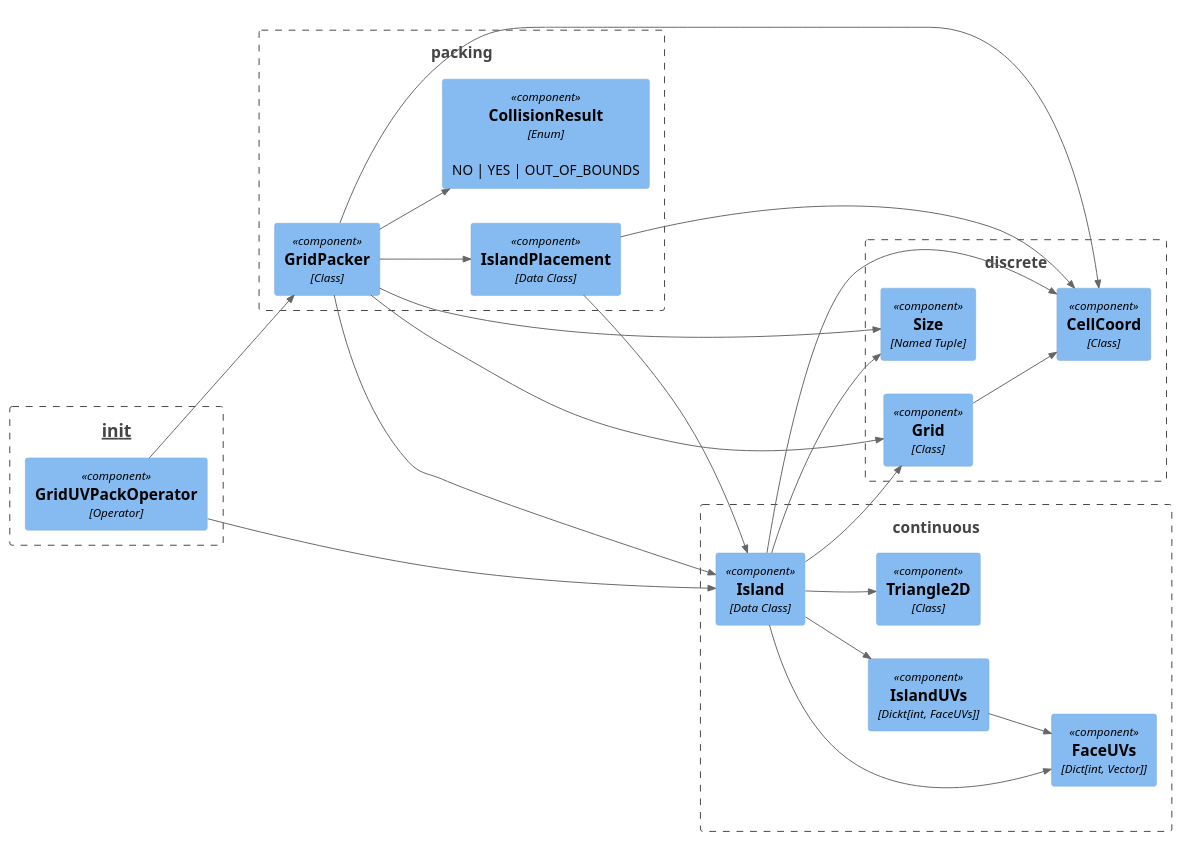
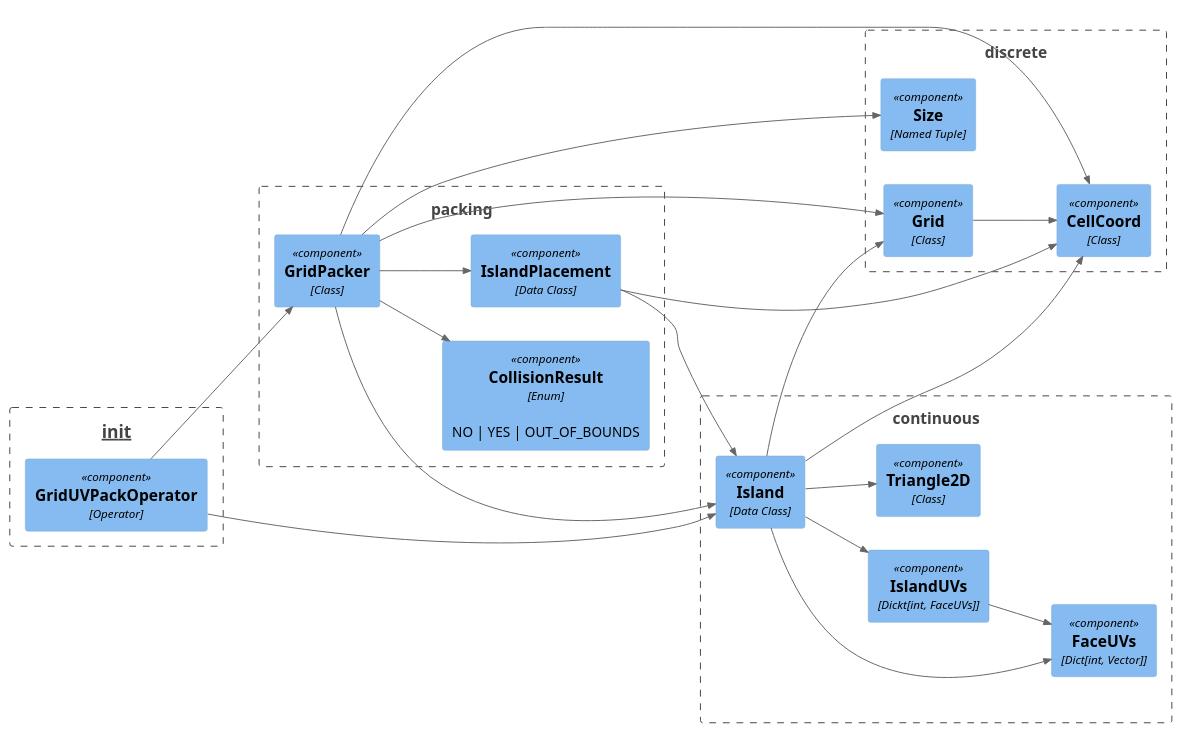
Before and after one commit to muhuk/grid-uv-packer: the diagram in doc/arch/Component_Diagram.plantuml, drawn with PlantUML.

Commit message:
Update Component Diagram.

```diff
--- a/doc/arch/Component_Diagram.plantuml
+++ b/doc/arch/Component_Diagram.plantuml
@@ -1,53 +1,52 @@
 @startuml Component_Diagram
 !include ../c4/C4_Component.puml
 LAYOUT_LEFT_RIGHT()
 
 Boundary(moduleInit, "__init__") {
   Component(gridUvPackOperator, "GridUVPackOperator", "Operator")
 }
 
 Boundary(moduleContinuous, "continuous") {
   Component(faceUvs, "FaceUVs", "Dict[int, Vector]")
   Component(islandUvs, "IslandUVs", "Dickt[int, FaceUVs]")
   Component(island, "Island", "Data Class")
   Component(triangle2d, "Triangle2D", "Class")
 
   Rel(island, faceUvs, " ")
   Rel(island, islandUvs, " ")
   Rel(island, triangle2d, " ")
 
   Rel(islandUvs, faceUvs, " ")
 }
 
 Boundary(moduleData, "packing") {
   Component(collisionResult, "CollisionResult", "Enum", "NO | YES | OUT_OF_BOUNDS")
   Component(gridPacker, "GridPacker", "Class")
   Component(islandPlacement, "IslandPlacement", "Data Class")
 
   Rel(gridPacker, collisionResult, " ")
   Rel(gridPacker, islandPlacement, " ")
 }
 
 Boundary(moduleDiscrete, "discrete") {
   Component(cellCoord, "CellCoord", "Class")
   Component(grid, "Grid", "Class")
   Component(size, "Size", "Named Tuple")
 
   Rel(grid, cellCoord, " ")
 }
 
 Rel(gridUvPackOperator, gridPacker, " ")
 Rel(gridUvPackOperator, island, " ")
 
 Rel(gridPacker, cellCoord, " ")
 Rel(gridPacker, grid, " ")
 Rel(gridPacker, island, " ")
 Rel(gridPacker, size, " ")
 
 Rel(island, cellCoord, " ")
 Rel(island, grid, " ")
-Rel(island, size, " ")
 
 Rel(islandPlacement, island, " ")
 Rel(islandPlacement, cellCoord, " ")
 @enduml
```
